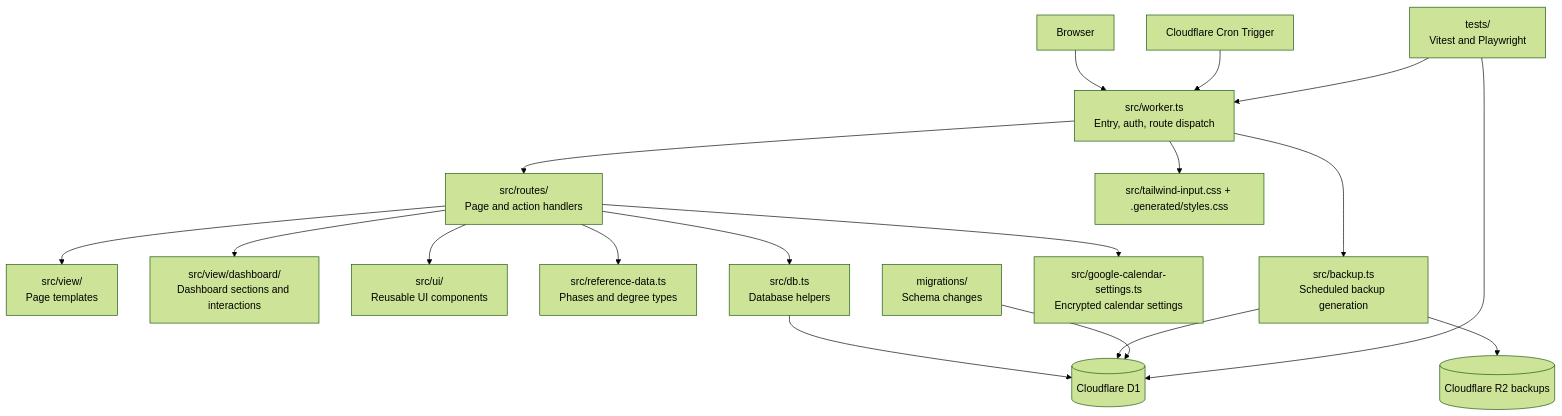
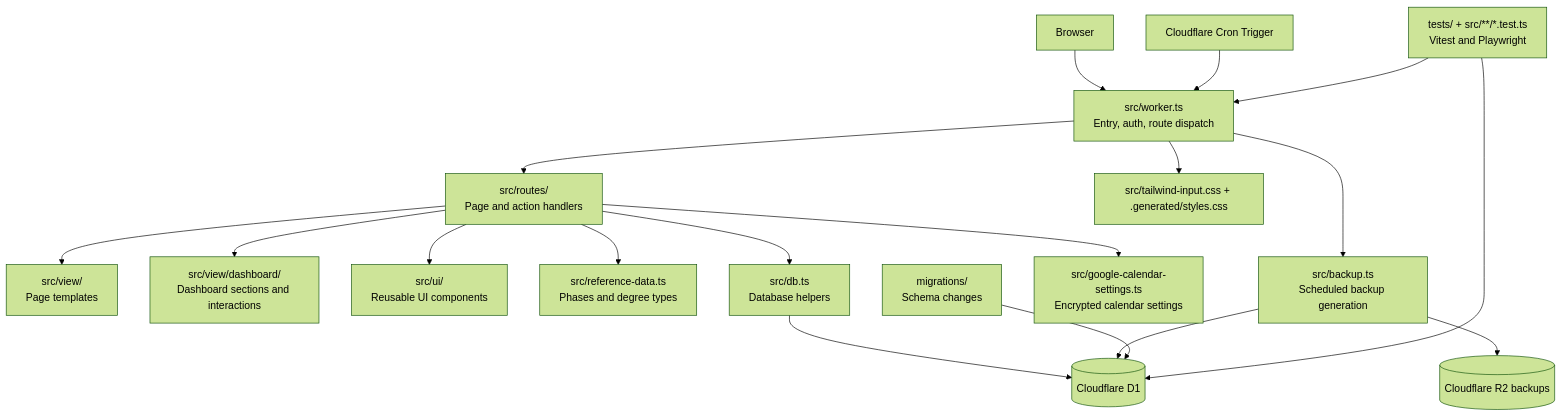
Before and after one commit to bebraw/thesis-journey-tracker: the diagram in docs/project-structure.md, drawn with Mermaid (forest theme). The commit also changed other lines of this file and 4 other files, not shown here.

````diff
--- a/docs/project-structure.md
+++ b/docs/project-structure.md
@@ -31,37 +32,37 @@
 ```mermaid
 graph TD
     Browser[Browser]
     Worker[src/worker.ts<br/>Entry, auth, route dispatch]
     Routes[src/routes/<br/>Page and action handlers]
     Views[src/view/<br/>Page templates]
     Dashboard[src/view/dashboard/<br/>Dashboard sections and interactions]
     UI[src/ui/<br/>Reusable UI components]
     Reference[src/reference-data.ts<br/>Phases and degree types]
     DB[src/db.ts<br/>Database helpers]
     Backup[src/backup.ts<br/>Scheduled backup generation]
     CalendarSettings[src/google-calendar-settings.ts<br/>Encrypted calendar settings]
     D1[(Cloudflare D1)]
     R2[(Cloudflare R2 backups)]
     Migrations[migrations/<br/>Schema changes]
-    Tests[tests/<br/>Vitest and Playwright]
+    Tests[tests/ + src/**/*.test.ts<br/>Vitest and Playwright]
     CSS[src/tailwind-input.css + .generated/styles.css]
     Cron[Cloudflare Cron Trigger]
 
     Browser --> Worker
     Worker --> Routes
     Routes --> Views
     Routes --> Dashboard
     Routes --> UI
     Routes --> Reference
     Routes --> DB
     Routes --> CalendarSettings
     Worker --> Backup
     Worker --> CSS
     DB --> D1
     Cron --> Worker
     Backup --> D1
     Backup --> R2
     Migrations --> D1
     Tests --> Worker
     Tests --> D1
 ```
````
